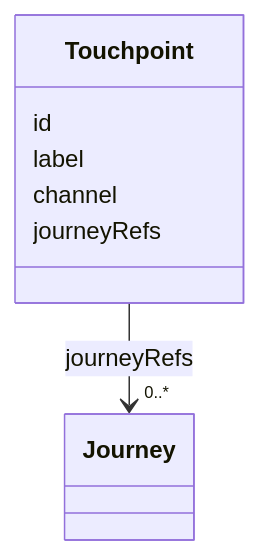
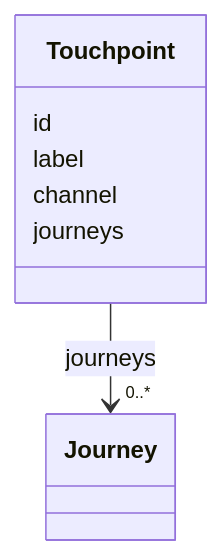
Before and after one commit to openuji/spec-ujg: the third of 5 diagrams in specs/ed/surface/index.md, drawn with Mermaid. The commit also changed other lines of this file and 370 other files, not shown here.

````diff
--- a/specs/ed/surface/index.md
+++ b/specs/ed/surface/index.md
@@ -113,11 +99,11 @@
 ```mermaid
 classDiagram
   class Touchpoint {
     id
     label
     channel
-    journeyRefs
+    journeys
   }
   class Journey
-  Touchpoint --> "0..*" Journey : journeyRefs
+  Touchpoint --> "0..*" Journey : journeys
 ```
````
